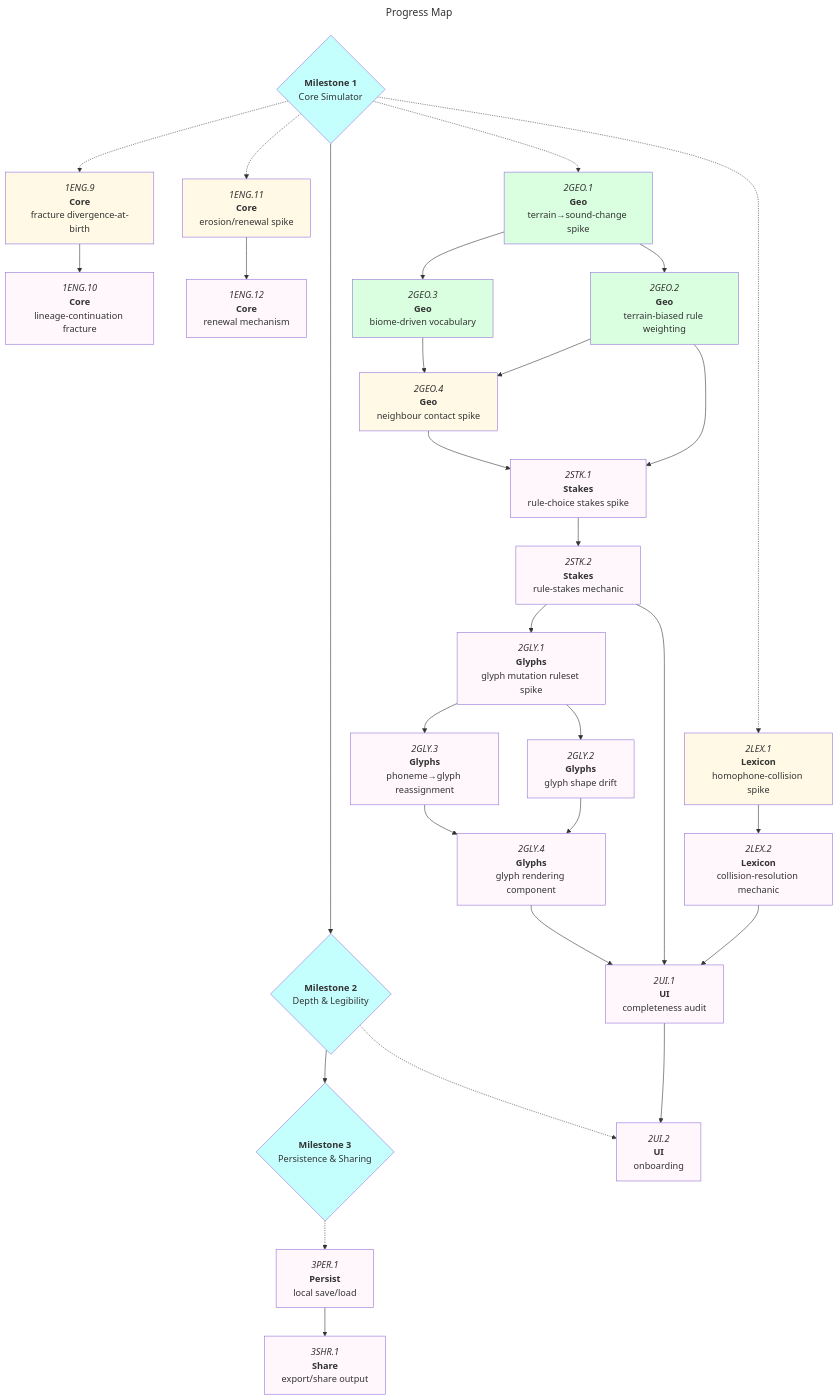
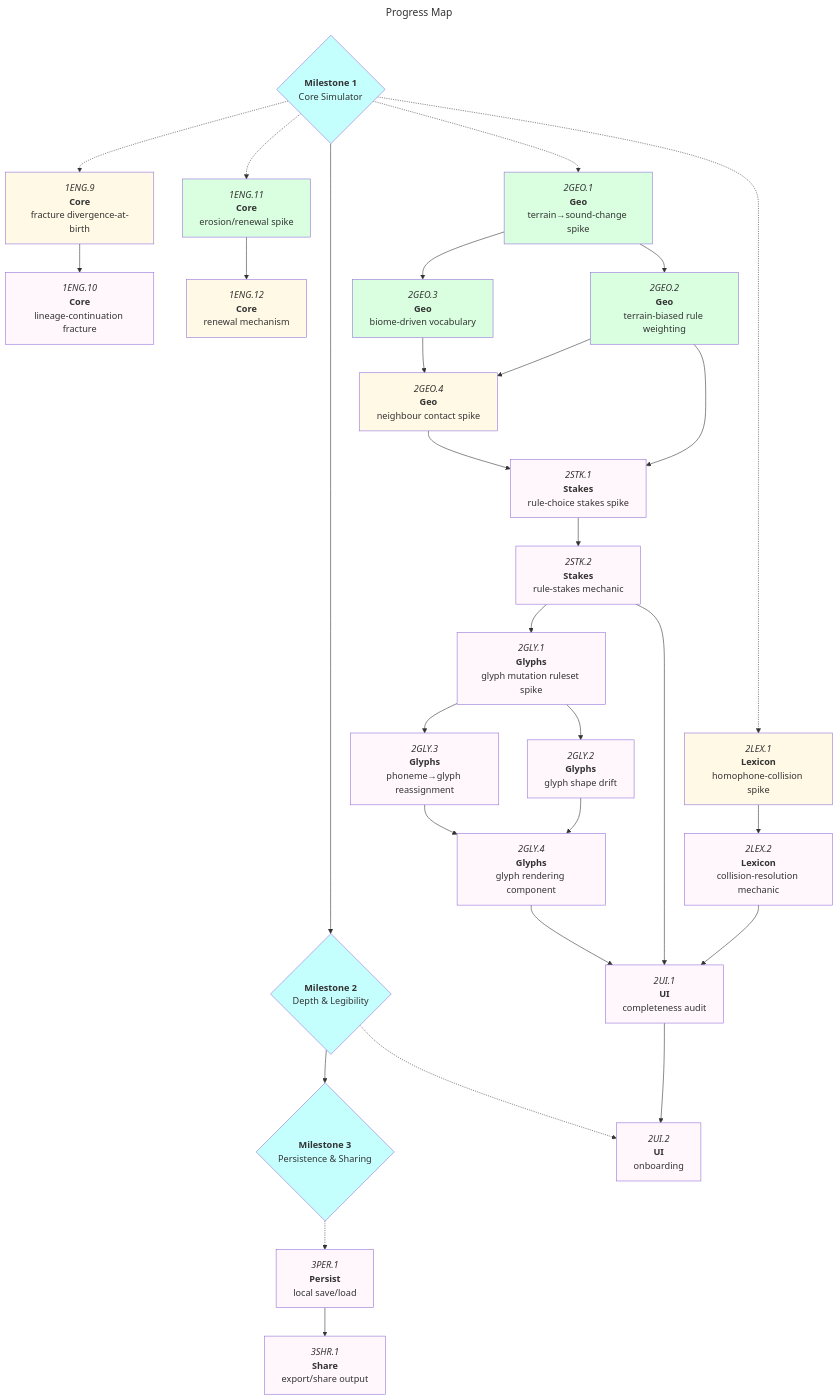
The diagram in docs/roadmaps/mvp.md (JasonWarrenUK/the-tongue), drawn with Mermaid before and after one commit. The commit also changed other lines of this file and 1 other file, not shown here.

First line of the commit message:
docs(spike): 1ENG.11 erosion/renewal contract

````diff
--- a/docs/roadmaps/mvp.md
+++ b/docs/roadmaps/mvp.md
@@ -106,70 +106,70 @@
 ```mermaid
 ---
 title: Progress Map
 ---
 graph TD
 
 m1{"`**Milestone 1**<br/>Core Simulator`"}:::mile
 m2{"`**Milestone 2**<br/>Depth & Legibility`"}:::mile
 m3{"`**Milestone 3**<br/>Persistence & Sharing`"}:::mile
 
 m1 --> m2
 m2 --> m3
 
 1ENG9["`*1ENG.9*<br/>**Core**<br/>fracture divergence-at-birth`"]:::open
 1ENG10["`*1ENG.10*<br/>**Core**<br/>lineage-continuation fracture`"]
-1ENG11["`*1ENG.11*<br/>**Core**<br/>erosion/renewal spike`"]:::open
-1ENG12["`*1ENG.12*<br/>**Core**<br/>renewal mechanism`"]
+1ENG11["`*1ENG.11*<br/>**Core**<br/>erosion/renewal spike`"]:::done
+1ENG12["`*1ENG.12*<br/>**Core**<br/>renewal mechanism`"]:::open
 
 2GEO.1["`*2GEO.1*<br/>**Geo**<br/>terrain→sound-change spike`"]:::done
 2GEO.2["`*2GEO.2*<br/>**Geo**<br/>terrain-biased rule weighting`"]:::done
 2GEO.3["`*2GEO.3*<br/>**Geo**<br/>biome-driven vocabulary`"]:::done
 2GEO.4["`*2GEO.4*<br/>**Geo**<br/>neighbour contact spike`"]:::open
 2STK.1["`*2STK.1*<br/>**Stakes**<br/>rule-choice stakes spike`"]
 2STK.2["`*2STK.2*<br/>**Stakes**<br/>rule-stakes mechanic`"]
 2GLY.1["`*2GLY.1*<br/>**Glyphs**<br/>glyph mutation ruleset spike`"]
 2GLY.2["`*2GLY.2*<br/>**Glyphs**<br/>glyph shape drift`"]
 2GLY.3["`*2GLY.3*<br/>**Glyphs**<br/>phoneme→glyph reassignment`"]
 2GLY.4["`*2GLY.4*<br/>**Glyphs**<br/>glyph rendering component`"]
 2LEX1["`*2LEX.1*<br/>**Lexicon**<br/>homophone-collision spike`"]:::open
 2LEX2["`*2LEX.2*<br/>**Lexicon**<br/>collision-resolution mechanic`"]
 2UI.1["`*2UI.1*<br/>**UI**<br/>completeness audit`"]
 2UI.2["`*2UI.2*<br/>**UI**<br/>onboarding`"]
 
 3PER.1["`*3PER.1*<br/>**Persist**<br/>local save/load`"]
 3SHR.1["`*3SHR.1*<br/>**Share**<br/>export/share output`"]
 
 1ENG9 --> 1ENG10
 1ENG11 --> 1ENG12
 
 2GEO.1 --> 2GEO.2
 2GEO.1 --> 2GEO.3
 2GEO.2 --> 2GEO.4
 2GEO.3 --> 2GEO.4
 2GEO.2 --> 2STK.1
 2GEO.4 --> 2STK.1
 2STK.1 --> 2STK.2
 2STK.2 --> 2GLY.1
 2GLY.1 --> 2GLY.2
 2GLY.1 --> 2GLY.3
 2GLY.2 --> 2GLY.4
 2GLY.3 --> 2GLY.4
 2LEX1 --> 2LEX2
 2LEX2 --> 2UI.1
 2STK.2 --> 2UI.1
 2GLY.4 --> 2UI.1
 2UI.1 --> 2UI.2
 3PER.1 --> 3SHR.1
 
 m1 -.-> 2GEO.1
 m1 -.-> 1ENG9
 m1 -.-> 1ENG11
 m1 -.-> 2LEX1
 m2 -.-> 2UI.2
 m3 -.-> 3PER.1
 
 classDef default,blocked fill:#fff7fb;
 classDef open fill:#fff9e5;
 classDef done fill:#d9ffe0;
 classDef mile fill:#c4fffe;
 ```
````
